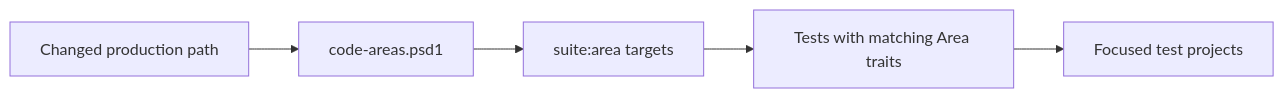
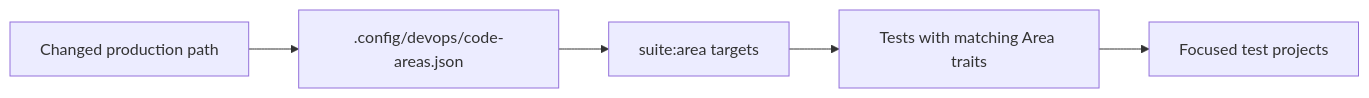
Before and after one commit to jordansrowles/LeanCorpus: the diagram in src/devops/CONTRIBUTING.md, drawn with Mermaid. The commit also changed other lines of this file and 95 other files, not shown here.

````diff
--- a/src/devops/CONTRIBUTING.md
+++ b/src/devops/CONTRIBUTING.md
@@ -64,7 +64,7 @@
 ```mermaid
 flowchart LR
-    Change["Changed production path"] --> Mapping["code-areas.psd1"]
+    Change["Changed production path"] --> Mapping[".config/devops/code-areas.json"]
     Mapping --> Targets["suite:area targets"]
     Targets --> Traits["Tests with matching Area traits"]
     Traits --> Run["Focused test projects"]
 ```
````
